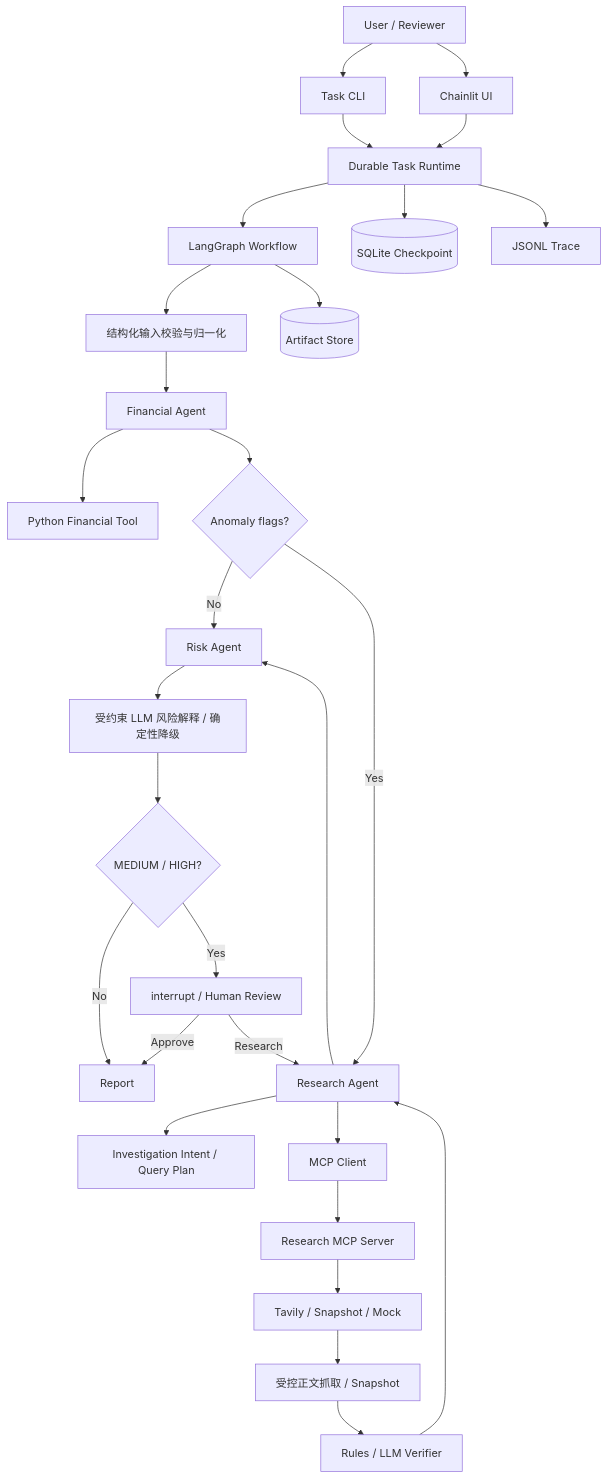
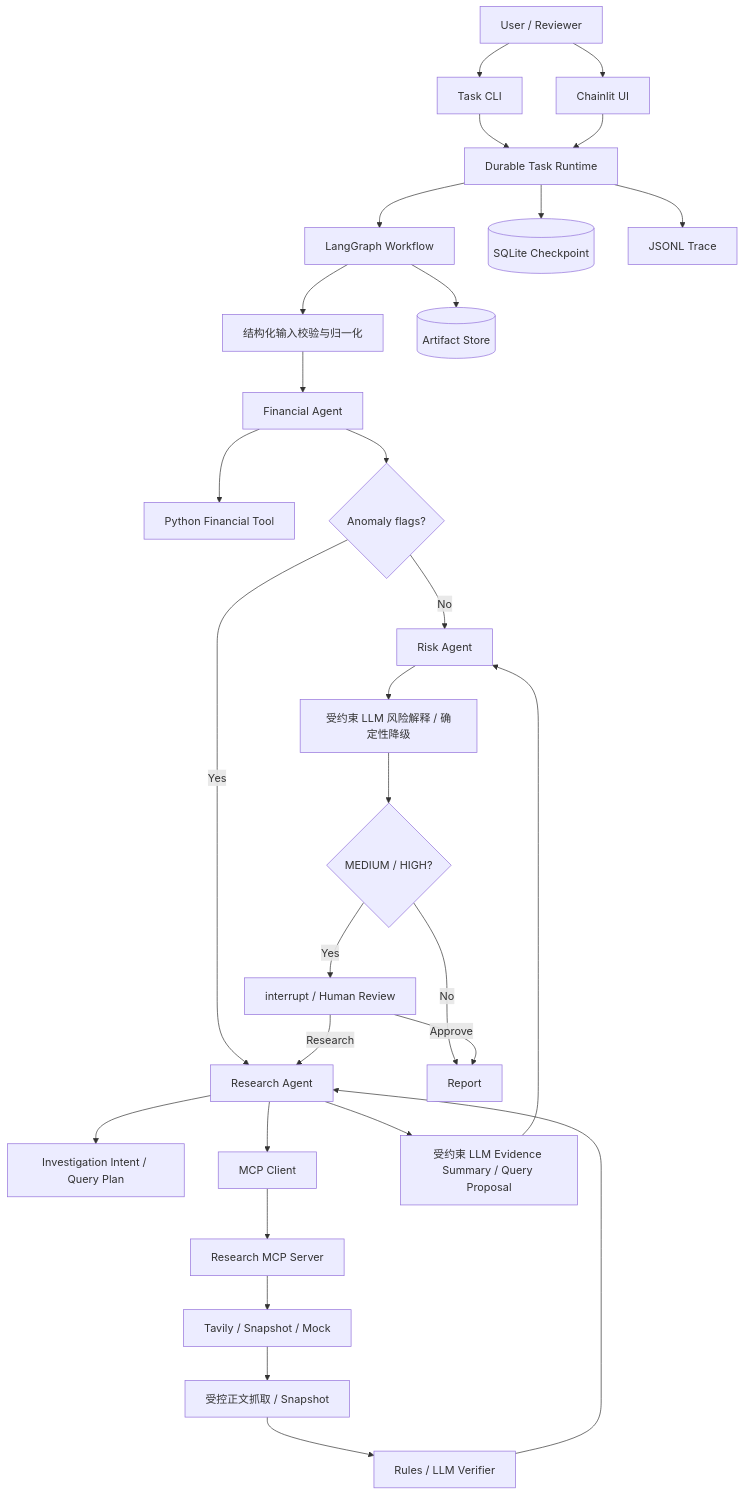
One commit to okwecool/Credra-Agent changed the first of 3 diagrams in README.md. Above: the diagram before and after it, drawn with Mermaid. The commit also changed other lines of this file and 17 other files, not shown here.

````diff
--- a/README.md
+++ b/README.md
@@ -44,31 +44,32 @@
 ```mermaid
 flowchart TD
     User["User / Reviewer"] --> CLI["Task CLI"]
     User --> UI["Chainlit UI"]
     CLI --> Runtime["Durable Task Runtime"]
     UI --> Runtime
     Runtime --> Graph["LangGraph Workflow"]
     Runtime --> Checkpoint[("SQLite Checkpoint")]
     Graph --> Document["结构化输入校验与归一化"]
     Document --> Financial["Financial Agent"]
     Financial --> PythonTool["Python Financial Tool"]
     Financial --> Route{"Anomaly flags?"}
     Route -->|No| Risk["Risk Agent"]
     Route -->|Yes| Research["Research Agent"]
     Research --> Intent["Investigation Intent / Query Plan"]
     Research --> MCPClient["MCP Client"]
     MCPClient --> MCPServer["Research MCP Server"]
     MCPServer --> Provider["Tavily / Snapshot / Mock"]
     Provider --> Fetcher["受控正文抓取 / Snapshot"]
     Fetcher --> Verifier["Rules / LLM Verifier"]
     Verifier --> Research
-    Research --> Risk
+    Research --> ResearchExpression["受约束 LLM Evidence Summary / Query Proposal"]
+    ResearchExpression --> Risk
     Risk --> Narrative["受约束 LLM 风险解释 / 确定性降级"]
     Narrative --> Review{"MEDIUM / HIGH?"}
     Review -->|No| Report["Report"]
     Review -->|Yes| Interrupt["interrupt / Human Review"]
     Interrupt -->|Approve| Report
     Interrupt -->|Research| Research
     Graph --> Artifacts[("Artifact Store")]
     Runtime --> Trace["JSONL Trace"]
 ```
````
